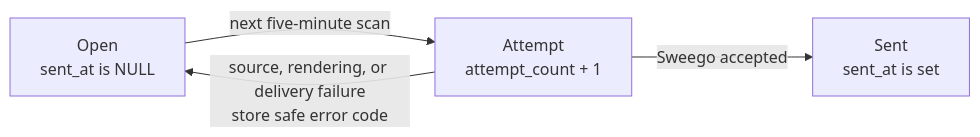
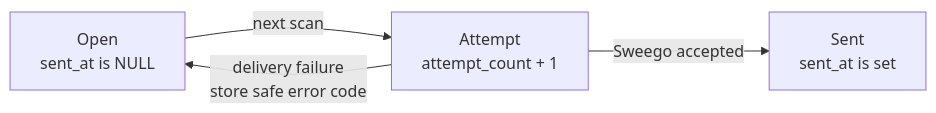
Before and after one commit to bitstorm-tech/voenix-shop-kotlin: the second of 2 diagrams in docs/dev/backend/packages/email-package.md, drawn with Mermaid. The commit also changed other lines of this file and 1061 other files, not shown here.

````diff
--- a/docs/dev/backend/packages/email-package.md
+++ b/docs/dev/backend/packages/email-package.md
@@ -242,10 +255,10 @@
 ```mermaid
 flowchart LR
     Open["Open<br/>sent_at is NULL"]
     Attempt["Attempt<br/>attempt_count + 1"]
     Sent["Sent<br/>sent_at is set"]
 
-    Open -->|"next five-minute scan"| Attempt
-    Attempt -->|"source, rendering, or delivery failure<br/>store safe error code"| Open
+    Open -->|"next scan"| Attempt
+    Attempt -->|"delivery failure<br/>store safe error code"| Open
     Attempt -->|"Sweego accepted"| Sent
 ```
````
